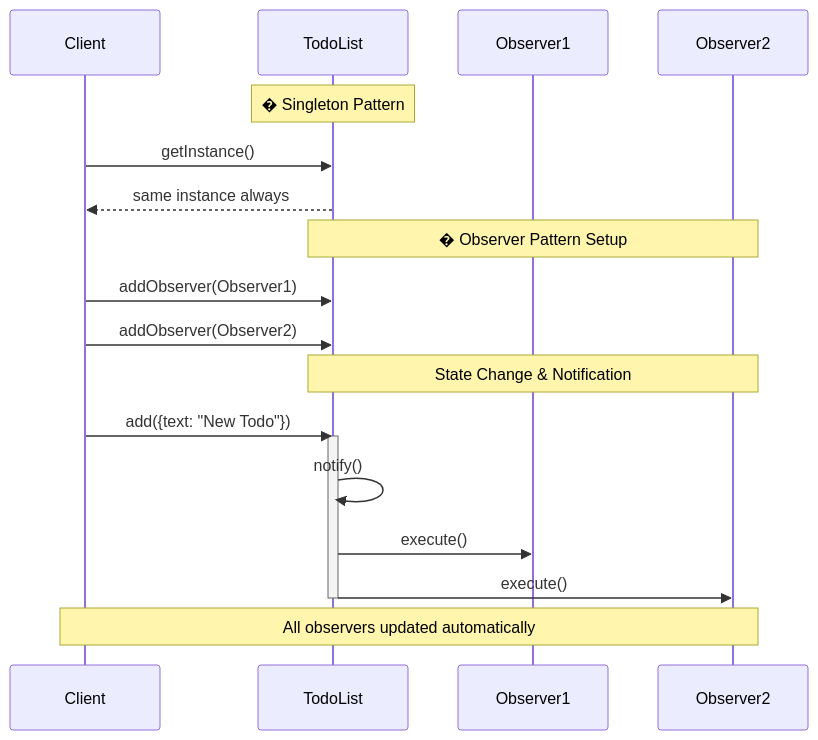
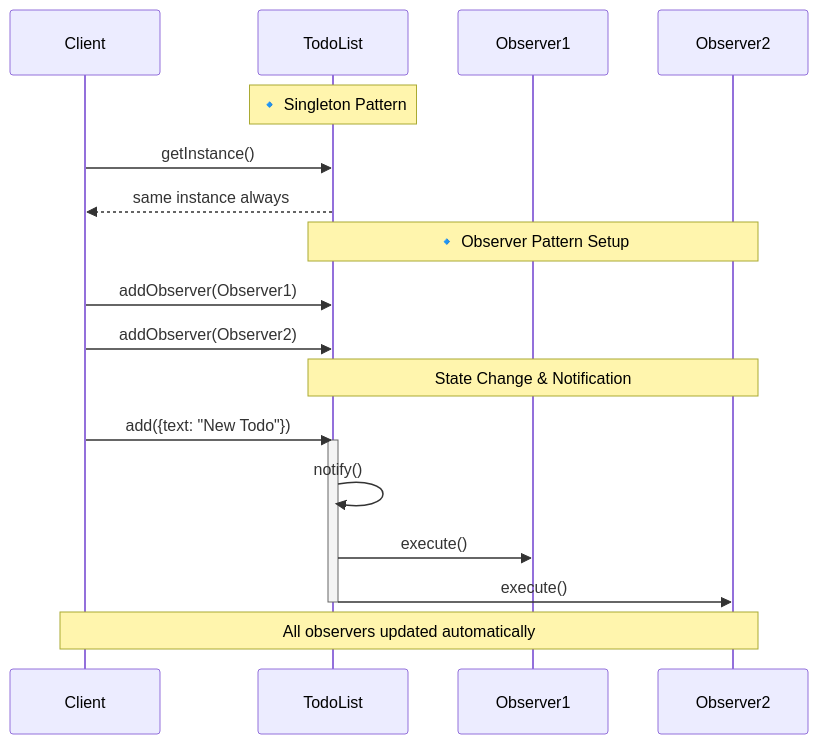
The second of 3 diagrams in README.md (Shinkei/js-todo-patterns), drawn with Mermaid before and after one commit. The commit also changed other lines of this file, not shown here.

````diff
--- a/README.md
+++ b/README.md
@@ -70,25 +60,25 @@
 ```mermaid
 sequenceDiagram
     participant C as Client
     participant TL as TodoList
     participant O1 as Observer1
     participant O2 as Observer2
     
-    Note over TL: � Singleton Pattern
+    Note over TL: 🔹 Singleton Pattern
     C->>TL: getInstance()
     TL-->>C: same instance always
     
-    Note over TL,O2: � Observer Pattern Setup
+    Note over TL,O2: 🔹 Observer Pattern Setup
     C->>TL: addObserver(Observer1)
     C->>TL: addObserver(Observer2)
     
     Note over TL,O2: State Change & Notification
     C->>TL: add({text: "New Todo"})
     activate TL
     TL->>TL: notify()
     TL->>O1: execute()
     TL->>O2: execute()
     deactivate TL
     
     Note over C,O2: All observers updated automatically
 ```
````
